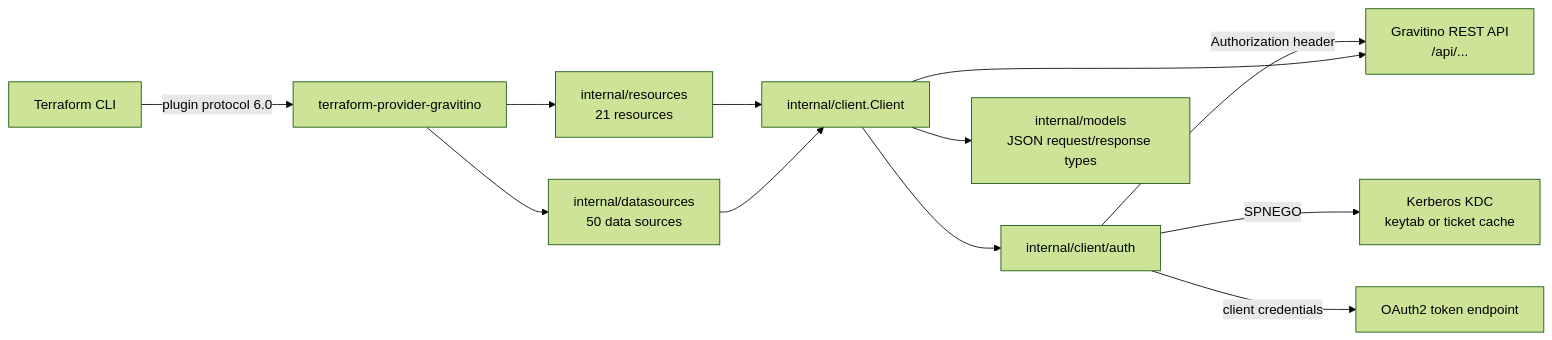
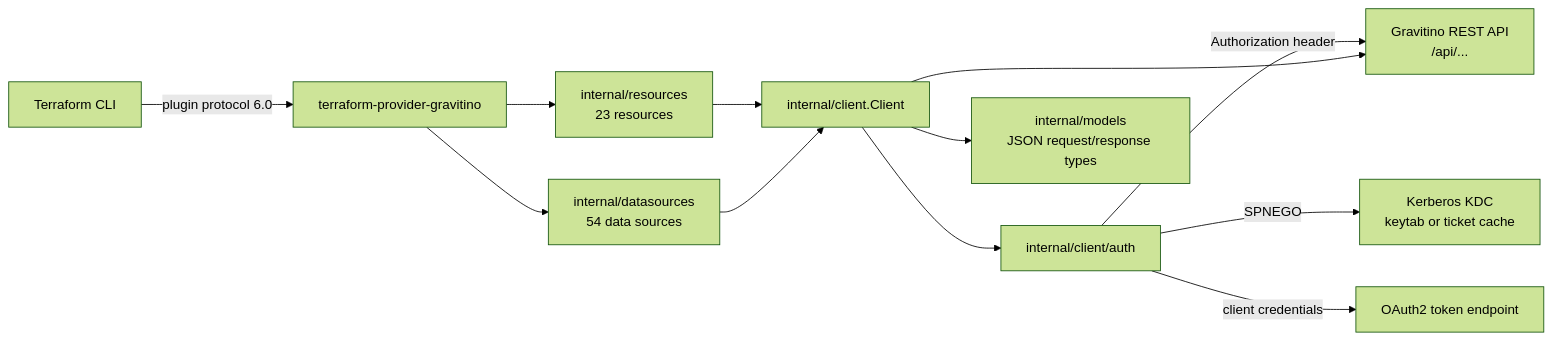
One commit to caberdo/terraform-provider-gravitino changed the diagram in ARCHITECTURE.md. Above: the diagram before and after it, drawn with Mermaid (forest theme). The commit also changed other lines of this file and 45 other files, not shown here.

````diff
--- a/ARCHITECTURE.md
+++ b/ARCHITECTURE.md
@@ -18,14 +18,14 @@
 ```mermaid
 graph LR
   TF["Terraform CLI"] -->|plugin protocol 6.0| P["terraform-provider-gravitino"]
-  P --> R["internal/resources<br/>21 resources"]
-  P --> D["internal/datasources<br/>50 data sources"]
+  P --> R["internal/resources<br/>23 resources"]
+  P --> D["internal/datasources<br/>54 data sources"]
   R --> C["internal/client.Client"]
   D --> C
   C --> AUTH["internal/client/auth"]
   C --> MODELS["internal/models<br/>JSON request/response types"]
   AUTH -->|Authorization header| API["Gravitino REST API<br/>/api/..."]
   C --> API
   AUTH -->|SPNEGO| KDC["Kerberos KDC<br/>keytab or ticket cache"]
   AUTH -->|client credentials| TOKEN["OAuth2 token endpoint"]
 ```
````
